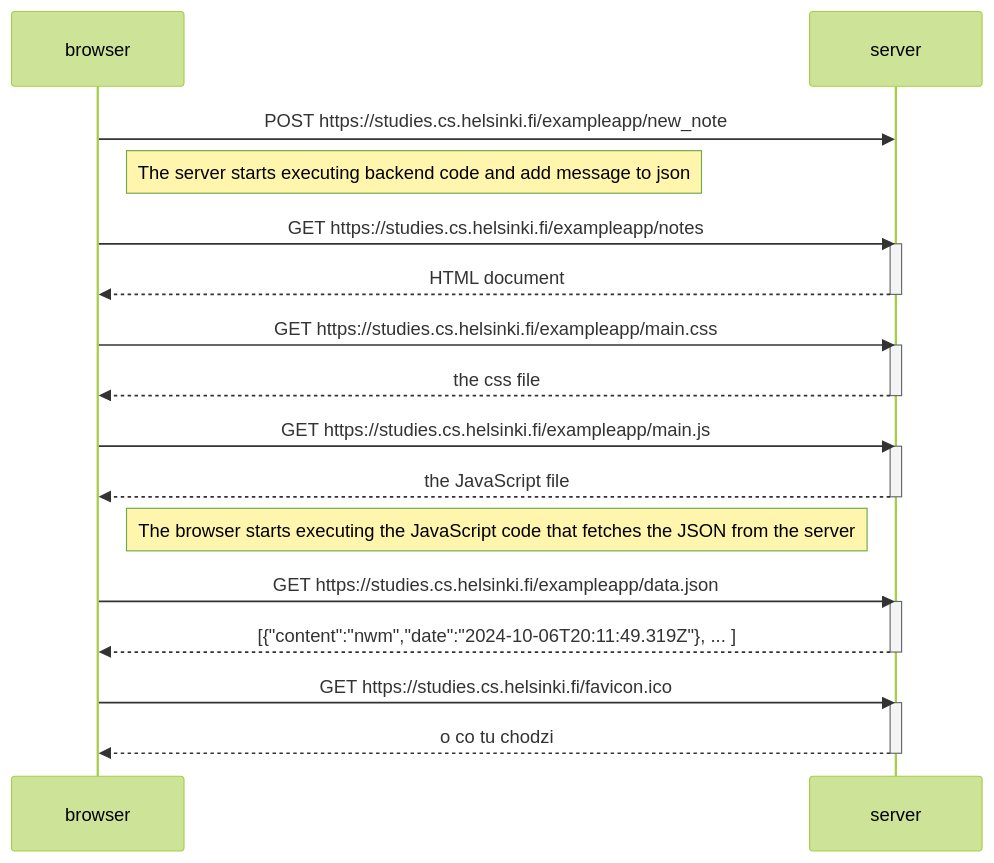
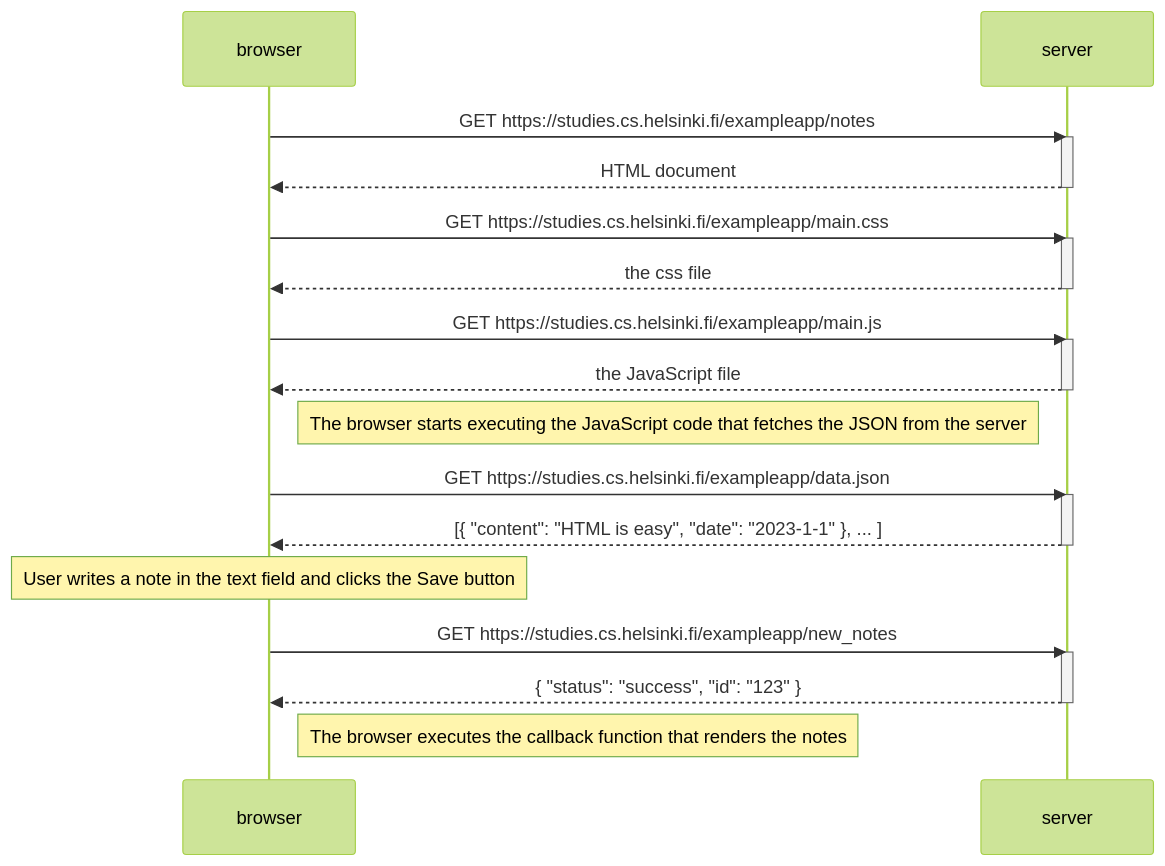
One commit to martyna32/fullstackopenMartyna-Podg-rska changed the diagram in part 0/0.4.md. Above: the diagram before and after it, drawn with Mermaid (forest theme).

````diff
--- a/part 0/0.4.md
+++ b/part 0/0.4.md
@@ -1,37 +1,37 @@
 ```mermaid
 sequenceDiagram
     participant browser
     participant server
-
-    browser->>server: POST https://studies.cs.helsinki.fi/exampleapp/new_note
-    Note right of browser: The server starts executing backend code and add message to json
 
     browser->>server: GET https://studies.cs.helsinki.fi/exampleapp/notes
     activate server
     server-->>browser: HTML document
     deactivate server
 
     browser->>server: GET https://studies.cs.helsinki.fi/exampleapp/main.css
     activate server
     server-->>browser: the css file
     deactivate server
-    
+
     browser->>server: GET https://studies.cs.helsinki.fi/exampleapp/main.js
     activate server
     server-->>browser: the JavaScript file
     deactivate server
 
     Note right of browser: The browser starts executing the JavaScript code that fetches the JSON from the server
 
     browser->>server: GET https://studies.cs.helsinki.fi/exampleapp/data.json
     activate server
-    server-->>browser: [{"content":"nwm","date":"2024-10-06T20:11:49.319Z"}, ... ]
+    server-->>browser: [{ "content": "HTML is easy", "date": "2023-1-1" }, ... ]
     deactivate server
 
-    browser->>server: GET https://studies.cs.helsinki.fi/favicon.ico
+    Note over browser: User writes a note in the text field and clicks the Save button
+
+    browser->>server: GET https://studies.cs.helsinki.fi/exampleapp/new_notes
     activate server
-    server-->>browser: o co tu chodzi
+    server-->>browser: { "status": "success", "id": "123" }
     deactivate server
 
+    Note right of browser: The browser executes the callback function that renders the notes
 
 ```
````
